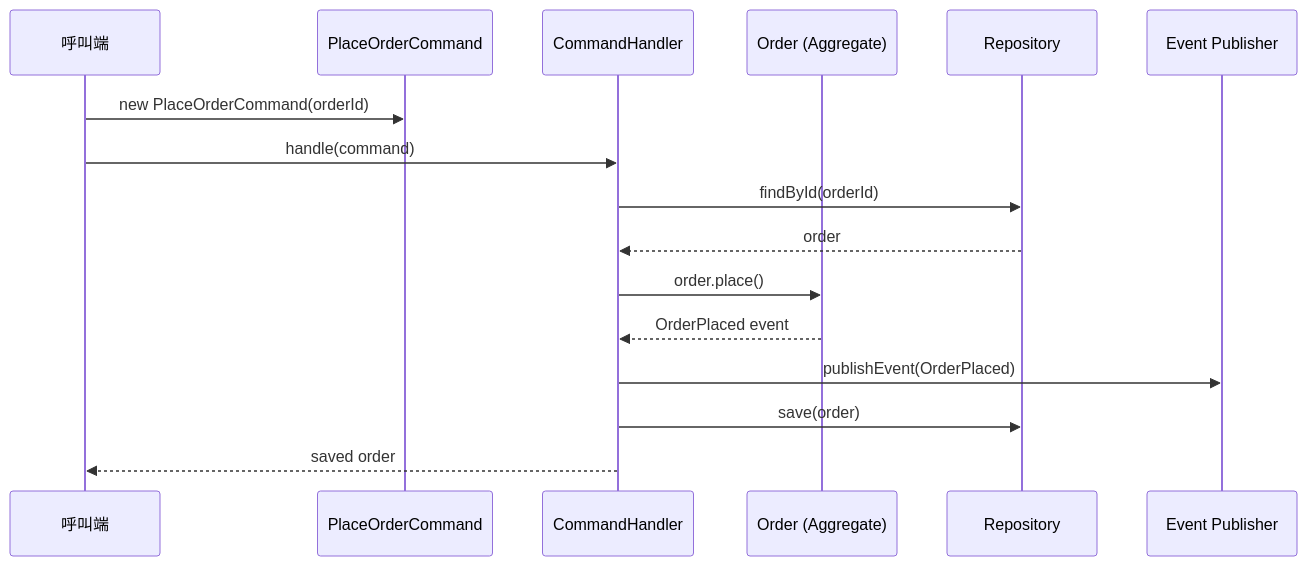
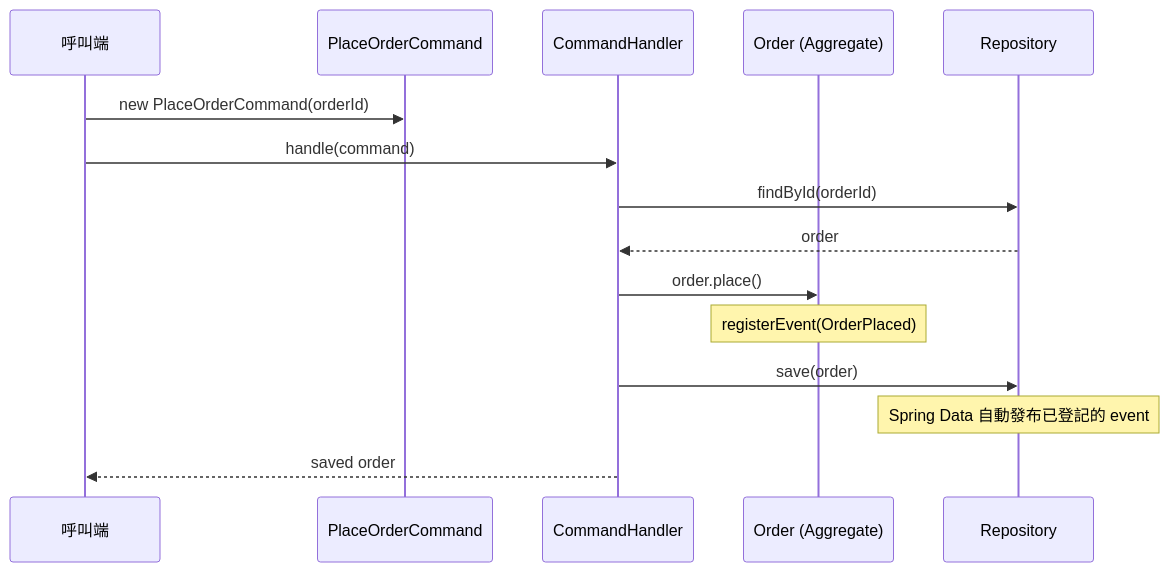
One commit to jimmy0301/Jmolecues-Demo changed the diagram in docs/03-cqrs.md. Above: the diagram before and after it, drawn with Mermaid. The commit also changed other lines of this file and 6 other files, not shown here.

````diff
--- a/docs/03-cqrs.md
+++ b/docs/03-cqrs.md
@@ -73,19 +73,18 @@
 ```mermaid
 sequenceDiagram
     participant C as 呼叫端
     participant CMD as PlaceOrderCommand
     participant H as CommandHandler
     participant A as Order (Aggregate)
     participant R as Repository
-    participant E as Event Publisher
 
     C->>CMD: new PlaceOrderCommand(orderId)
     C->>H: handle(command)
     H->>R: findById(orderId)
     R-->>H: order
     H->>A: order.place()
-    A-->>H: OrderPlaced event
-    H->>E: publishEvent(OrderPlaced)
+    Note over A: registerEvent(OrderPlaced)
     H->>R: save(order)
+    Note over R: Spring Data 自動發布已登記的 event
     H-->>C: saved order
 ```
````
